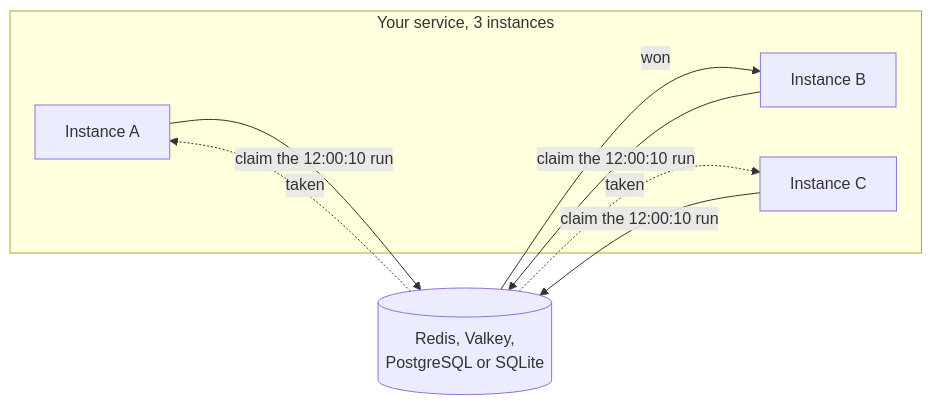
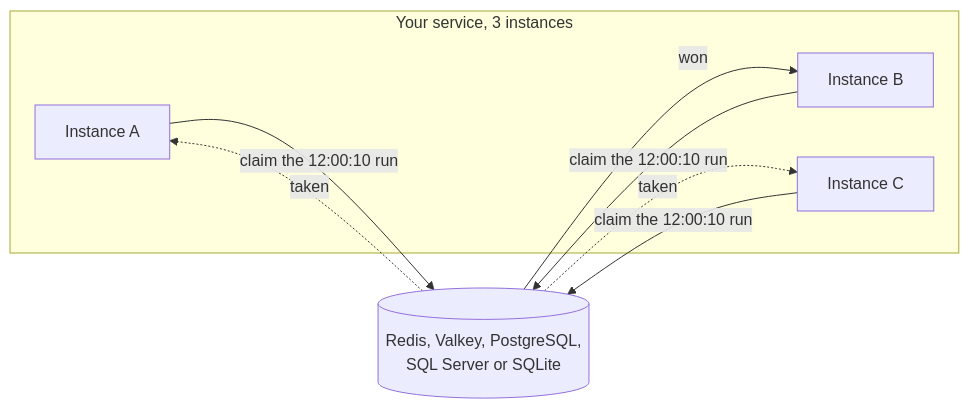
The diagram in src/content/docs/index.mdx (aristoteliss/anarchon-docs), drawn with Mermaid before and after one commit. The commit also changed other lines of this file and 18 other files, not shown here.

First line of the commit message:
Document the .NET SQL Server backend

````diff
--- a/src/content/docs/index.mdx
+++ b/src/content/docs/index.mdx
@@ -66,15 +66,15 @@
 ```mermaid
 flowchart LR
   subgraph service["Your service, 3 instances"]
     A["Instance A"]
     B["Instance B"]
     C["Instance C"]
   end
-  S[("Redis, Valkey,<br/>PostgreSQL or SQLite")]
+  S[("Redis, Valkey, PostgreSQL,<br/>SQL Server or SQLite")]
   A -- "claim the 12:00:10 run" --> S
   B -- "claim the 12:00:10 run" --> S
   C -- "claim the 12:00:10 run" --> S
   S -- "won" --> B
   S -. "taken" .-> A
   S -. "taken" .-> C
 ```
````
